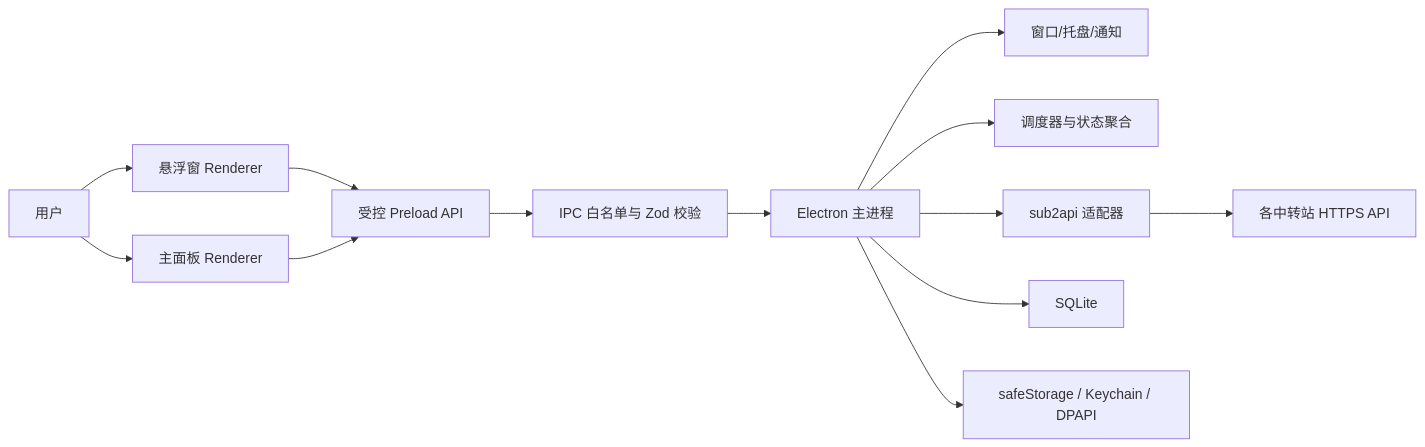
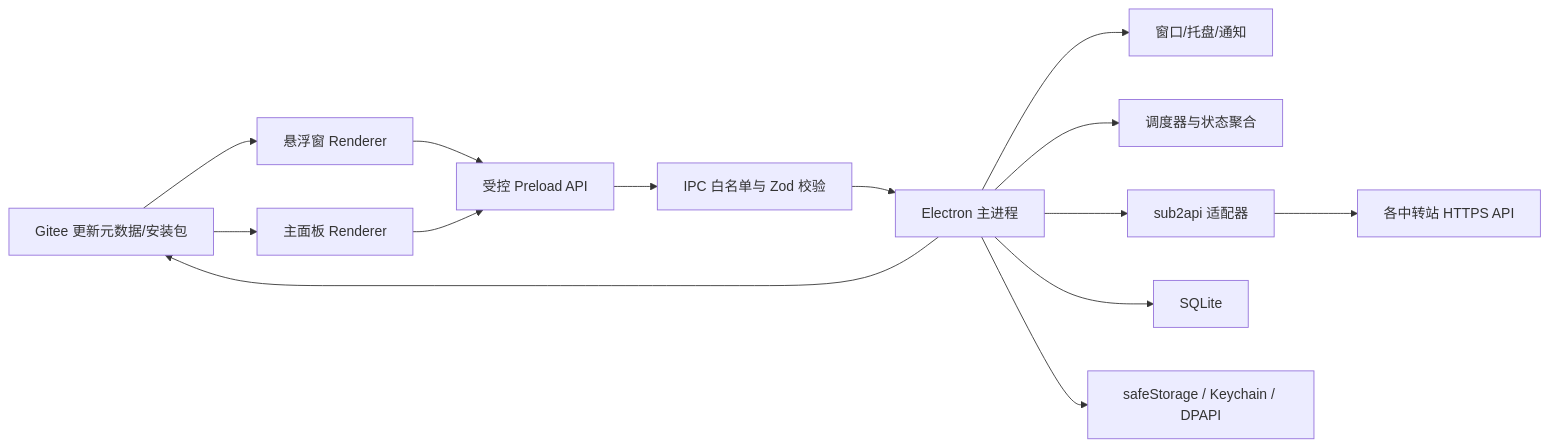
Before and after one commit to zmjza/-Sub2API-Multi-Hop-Monitoring-Tool: the first of 4 diagrams in liran_docs/02-架构文档.md, drawn with Mermaid. The commit also changed other lines of this file and 26 other files, not shown here.

Commit message:
feat: add Gitee online update flow

````diff
--- a/liran_docs/02-架构文档.md
+++ b/liran_docs/02-架构文档.md
@@ -51,15 +51,16 @@
 ```mermaid
 flowchart LR
   U["用户"] --> F["悬浮窗 Renderer"]
   U --> M["主面板 Renderer"]
   F --> P["受控 Preload API"]
   M --> P
   P --> I["IPC 白名单与 Zod 校验"]
   I --> C["Electron 主进程"]
   C --> W["窗口/托盘/通知"]
   C --> S["调度器与状态聚合"]
   C --> A["sub2api 适配器"]
   C --> D["SQLite"]
   C --> K["safeStorage / Keychain / DPAPI"]
+  C --> U["Gitee 更新元数据/安装包"]
   A --> H["各中转站 HTTPS API"]
 ```
````
